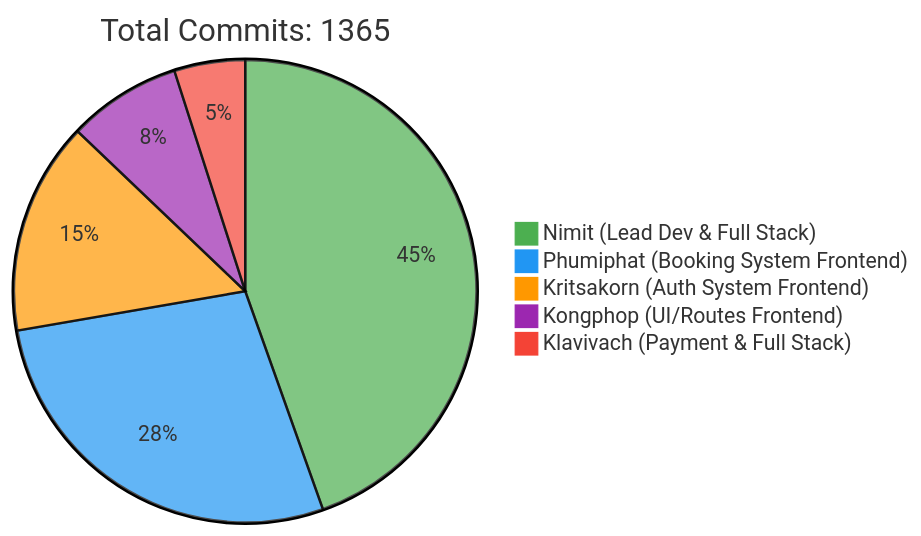
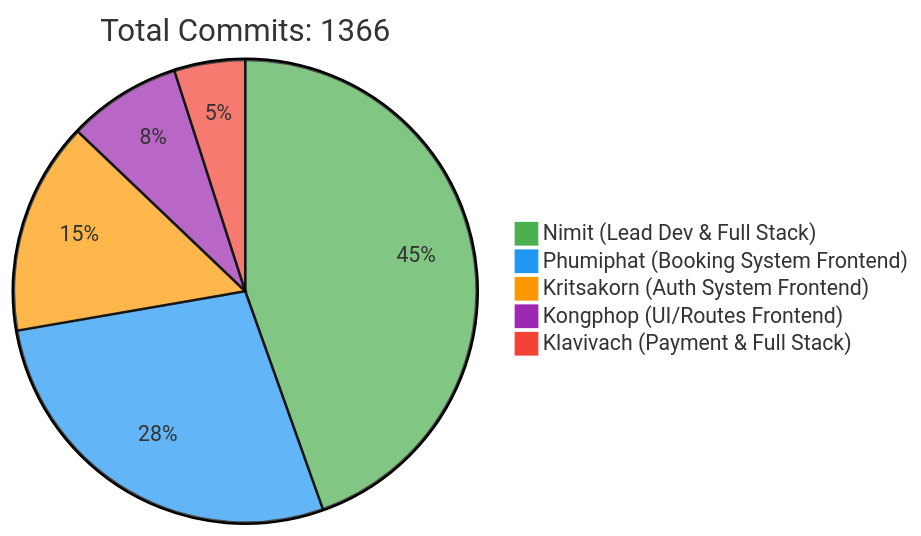
The first of 2 diagrams in README.md (6531503042/Sport-Complex), drawn with Mermaid before and after one commit. The commit also changed other lines of this file, not shown here.

Commit message:
docs: Update contributor statistics [skip ci]

````diff
--- a/README.md
+++ b/README.md
@@ -257,10 +257,10 @@
 ```mermaid
 %%{init: {'theme': 'base', 'themeVariables': { 'pie1': '#4CAF50', 'pie2': '#2196F3', 'pie3': '#FF9800', 'pie4': '#9C27B0', 'pie5': '#F44336'}}}%%
 pie
-    title Total Commits: 1365
+    title Total Commits: 1366
     "Nimit (Lead Dev & Full Stack)" : 450
     "Phumiphat (Booking System Frontend)" : 280
     "Kritsakorn (Auth System Frontend)" : 150
     "Kongphop (UI/Routes Frontend)" : 80
     "Klavivach (Payment & Full Stack)" : 50
 ```
````
